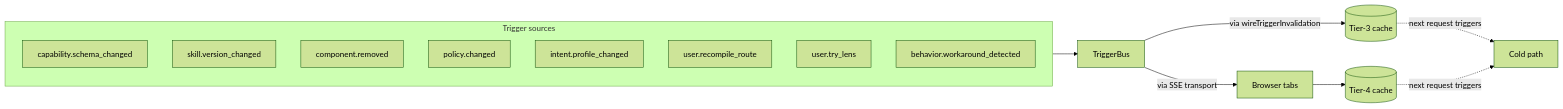
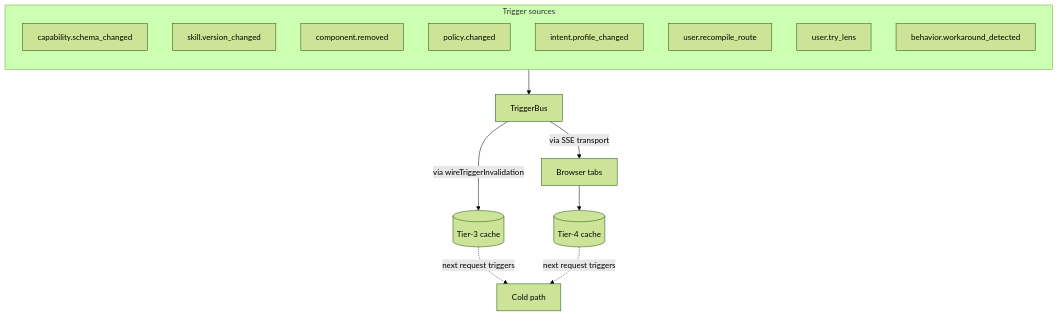
Before and after one commit to fragmatic-io/atelier: the fourth of 6 diagrams in README.md, drawn with Mermaid (forest theme). The commit also changed other lines of this file and 212 other files, not shown here.

````diff
--- a/README.md
+++ b/README.md
@@ -159,20 +159,21 @@
 ```mermaid
-graph LR
+graph TB
   subgraph Sources["Trigger sources"]
+    direction TB
     A[capability.schema_changed]
     B[skill.version_changed]
     C[component.removed]
     D[policy.changed]
     E[intent.profile_changed]
     F[user.recompile_route]
     G[user.try_lens]
     H[behavior.workaround_detected]
   end
 
   Sources --> Bus[TriggerBus]
   Bus -->|via wireTriggerInvalidation| T3Cache[(Tier-3 cache)]
   Bus -->|via SSE transport| Browser[Browser tabs]
   Browser --> T4Cache[(Tier-4 cache)]
   T3Cache -.->|next request triggers| Recompile[Cold path]
   T4Cache -.->|next request triggers| Recompile
 ```
````
